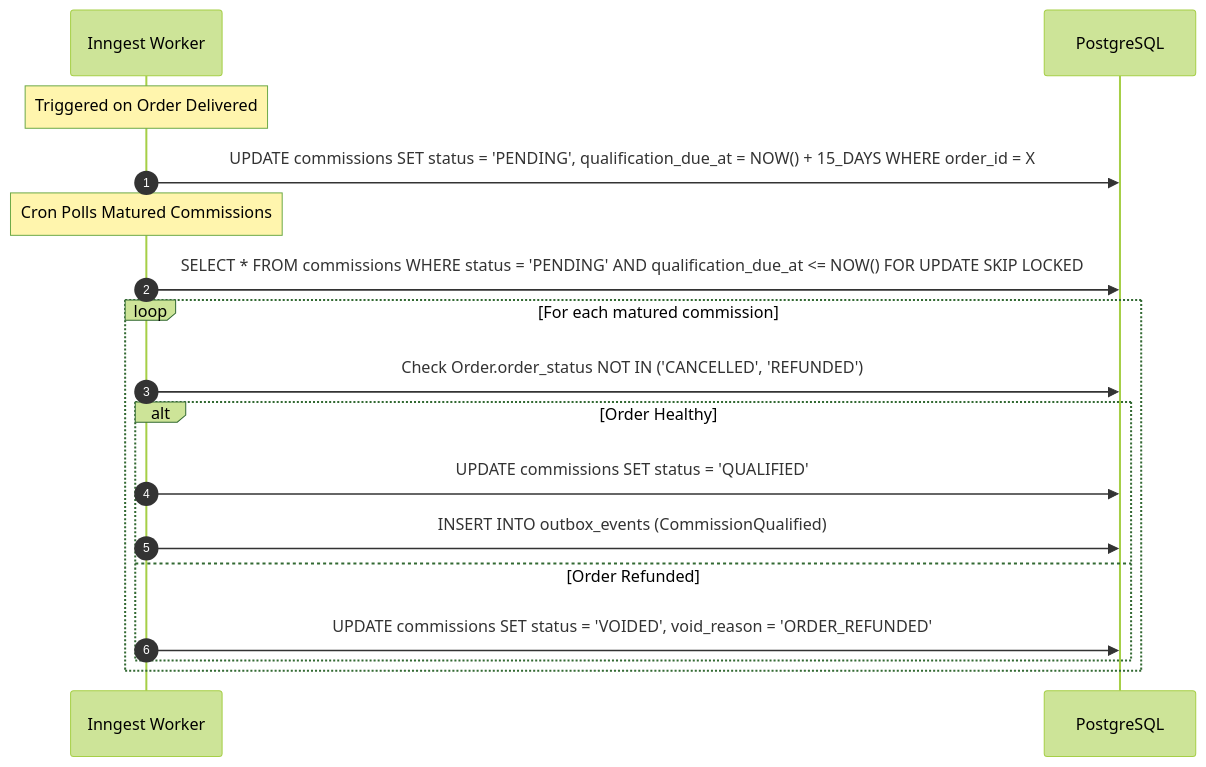
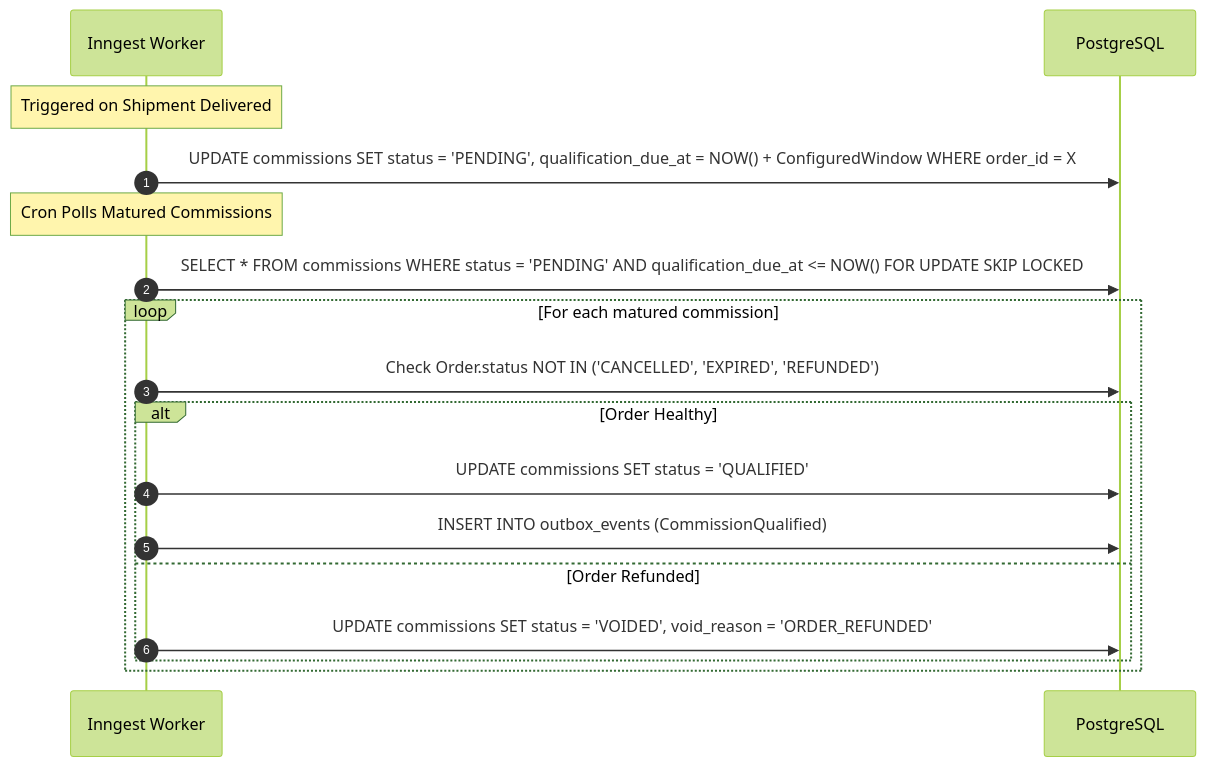
One commit to SaeBryxn/GamerPeru-Vercel changed diagram 14 of 15 in docs/architecture/COMMERCE_DOMAIN_MODEL.md. Above: the diagram before and after it, drawn with Mermaid (forest theme). The commit also changed other lines of this file, not shown here.

````diff
--- a/docs/architecture/COMMERCE_DOMAIN_MODEL.md
+++ b/docs/architecture/COMMERCE_DOMAIN_MODEL.md
@@ -1369,21 +1408,21 @@
 ```mermaid
 sequenceDiagram
     autonumber
     participant Inngest as Inngest Worker
     participant DB as PostgreSQL
 
-    Note over Inngest: Triggered on Order Delivered
-    Inngest->>DB: UPDATE commissions SET status = 'PENDING', qualification_due_at = NOW() + 15_DAYS WHERE order_id = X
+    Note over Inngest: Triggered on Shipment Delivered
+    Inngest->>DB: UPDATE commissions SET status = 'PENDING', qualification_due_at = NOW() + ConfiguredWindow WHERE order_id = X
     
     Note over Inngest: Cron Polls Matured Commissions
     Inngest->>DB: SELECT * FROM commissions WHERE status = 'PENDING' AND qualification_due_at <= NOW() FOR UPDATE SKIP LOCKED
     loop For each matured commission
-        Inngest->>DB: Check Order.order_status NOT IN ('CANCELLED', 'REFUNDED')
+        Inngest->>DB: Check Order.status NOT IN ('CANCELLED', 'EXPIRED', 'REFUNDED')
         alt Order Healthy
             Inngest->>DB: UPDATE commissions SET status = 'QUALIFIED'
             Inngest->>DB: INSERT INTO outbox_events (CommissionQualified)
         else Order Refunded
             Inngest->>DB: UPDATE commissions SET status = 'VOIDED', void_reason = 'ORDER_REFUNDED'
         end
     end
 ```
````
